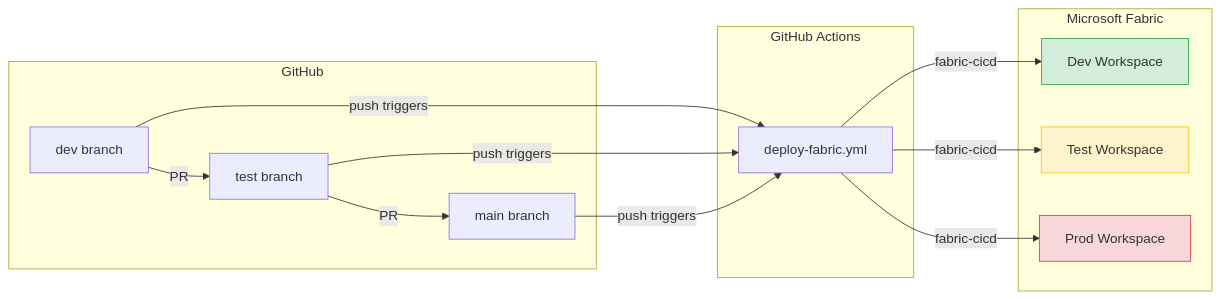
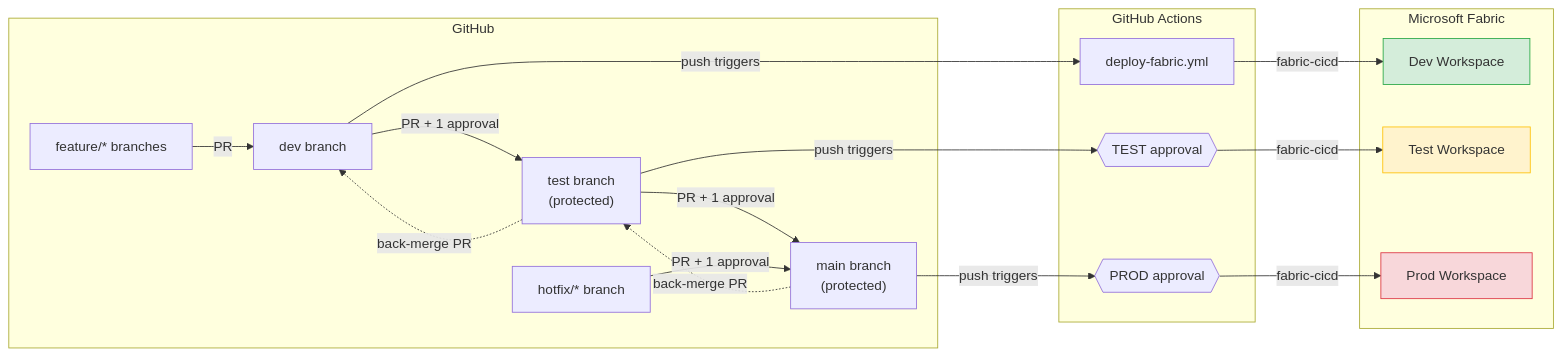
Before and after one commit to vanchaudhary/PowerBIReportCICD: the diagram in docs/GITHUB_DEMO.md, drawn with Mermaid. The commit also changed other lines of this file, not shown here.

````diff
--- a/docs/GITHUB_DEMO.md
+++ b/docs/GITHUB_DEMO.md
@@ -11,28 +11,35 @@
 ```mermaid
 flowchart LR
     subgraph GitHub
+        FEAT["feature/* branches"]
         DEV["dev branch"]
-        TEST["test branch"]
-        MAIN["main branch"]
+        TEST["test branch<br/>(protected)"]
+        MAIN["main branch<br/>(protected)"]
+        HOT["hotfix/* branch"]
     end
 
     subgraph Actions ["GitHub Actions"]
         A1["deploy-fabric.yml"]
+        GATE_T{{"TEST approval"}}
+        GATE_P{{"PROD approval"}}
     end
 
     subgraph Fabric ["Microsoft Fabric"]
         DW["Dev Workspace"]
         TW["Test Workspace"]
         PW["Prod Workspace"]
     end
 
+    FEAT -->|PR| DEV
+    DEV  -->|PR + 1 approval| TEST -->|PR + 1 approval| MAIN
+    HOT  -->|PR + 1 approval| MAIN
+    MAIN -.->|back-merge PR| TEST -.->|back-merge PR| DEV
+
     DEV  -->|push triggers| A1 -->|fabric-cicd| DW
-    TEST -->|push triggers| A1 -->|fabric-cicd| TW
-    MAIN -->|push triggers| A1 -->|fabric-cicd| PW
-
-    DEV  -->|PR| TEST -->|PR| MAIN
+    TEST -->|push triggers| GATE_T -->|fabric-cicd| TW
+    MAIN -->|push triggers| GATE_P -->|fabric-cicd| PW
 
     style DW fill:#d4edda,stroke:#28a745
     style TW fill:#fff3cd,stroke:#ffc107
     style PW fill:#f8d7da,stroke:#dc3545
 ```
````
